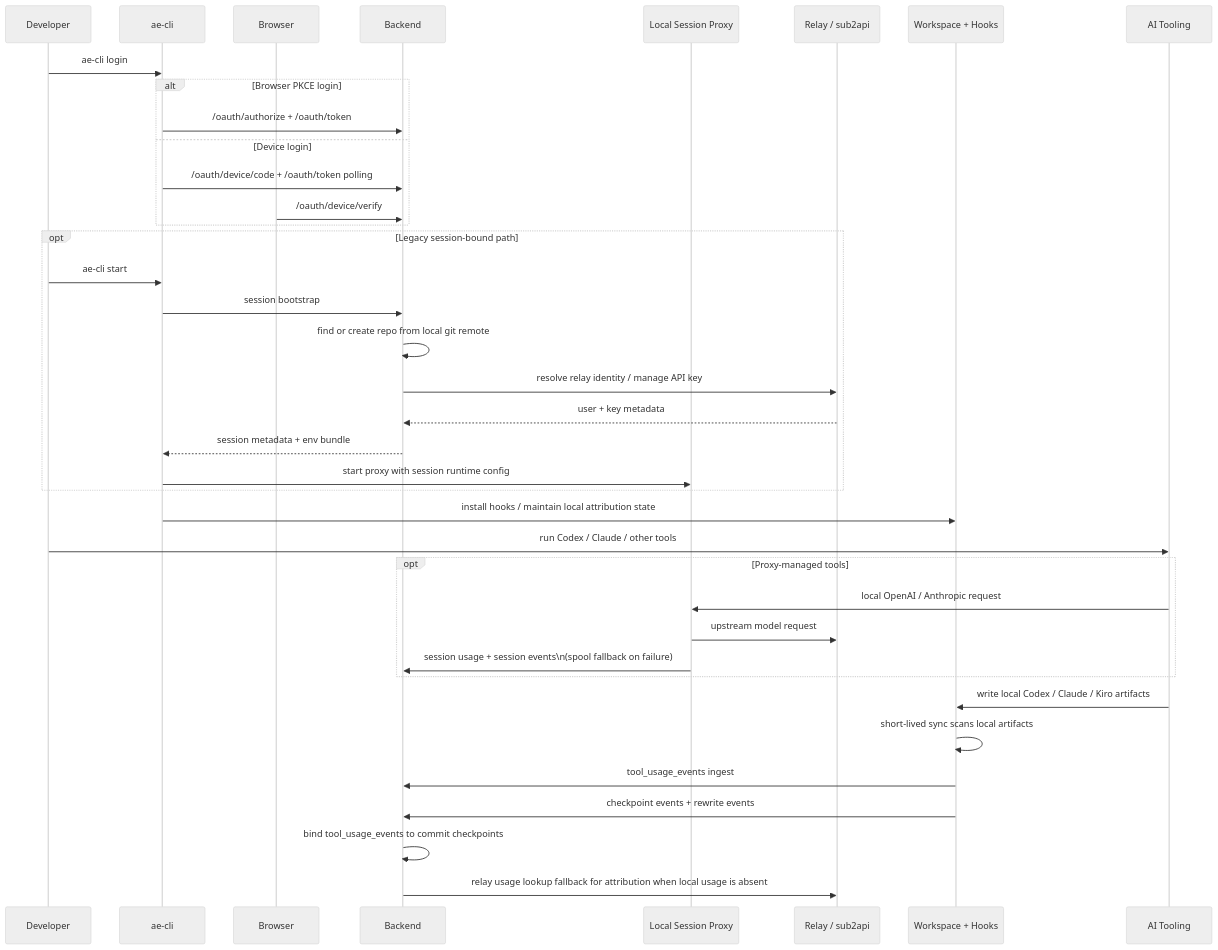
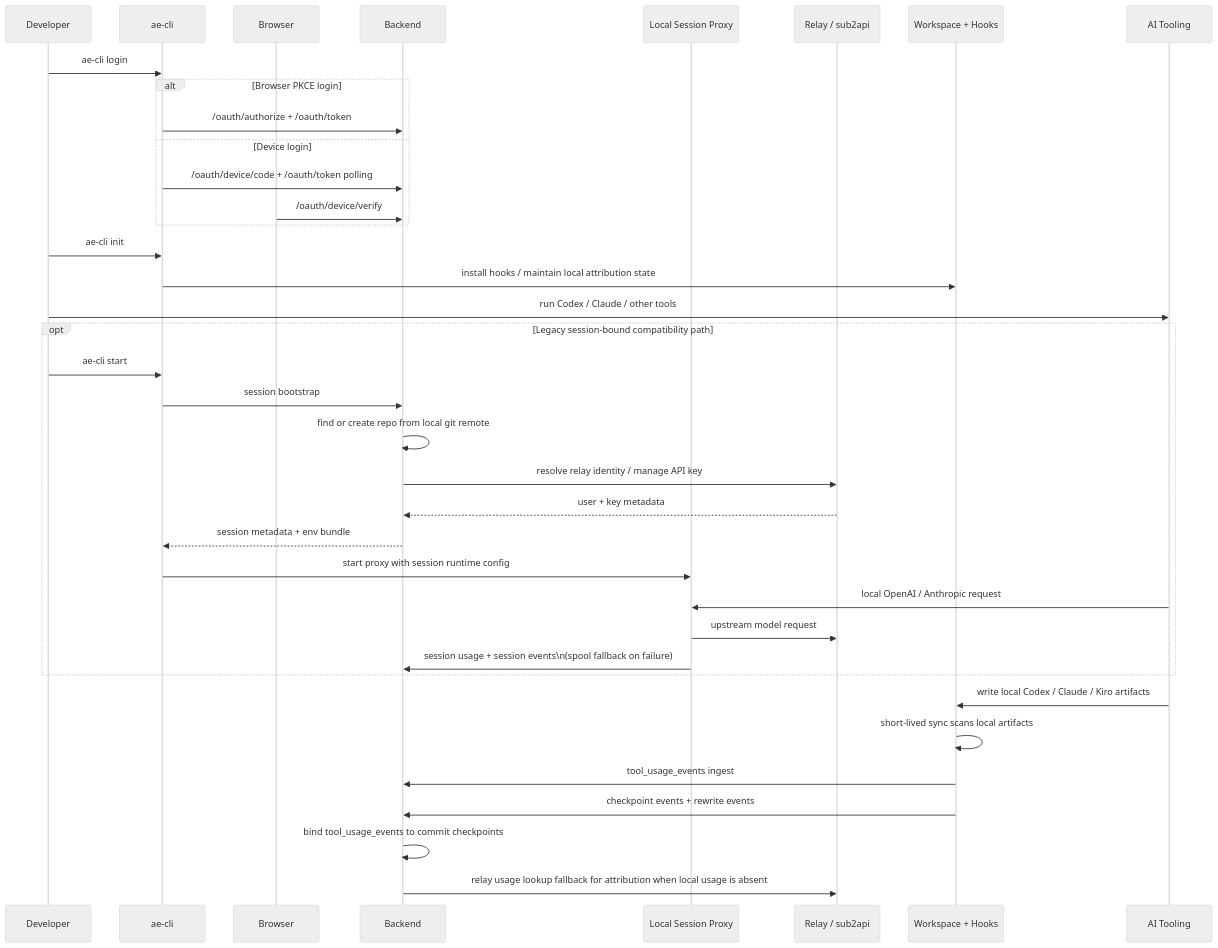
One commit to LichKing-2234/ai-efficiency changed the third of 4 diagrams in docs/architecture.md. Above: the diagram before and after it, drawn with Mermaid (neutral theme). The commit also changed other lines of this file and 31 other files, not shown here.

Commit message:
feat(session): stage legacy workflow cutover

````diff
--- a/docs/architecture.md
+++ b/docs/architecture.md
@@ -125,41 +126,40 @@
 ```mermaid
 sequenceDiagram
     participant Dev as Developer
     participant CLI as ae-cli
     participant Browser as Browser
     participant BE as Backend
     participant Proxy as Local Session Proxy
     participant Relay as Relay / sub2api
     participant WS as Workspace + Hooks
     participant Tool as AI Tooling
 
     Dev->>CLI: ae-cli login
     alt Browser PKCE login
         CLI->>BE: /oauth/authorize + /oauth/token
     else Device login
         CLI->>BE: /oauth/device/code + /oauth/token polling
         Browser->>BE: /oauth/device/verify
     end
-    opt Legacy session-bound path
+    Dev->>CLI: ae-cli init
+    CLI->>WS: install hooks / maintain local attribution state
+    Dev->>Tool: run Codex / Claude / other tools
+    opt Legacy session-bound compatibility path
         Dev->>CLI: ae-cli start
         CLI->>BE: session bootstrap
         BE->>BE: find or create repo from local git remote
         BE->>Relay: resolve relay identity / manage API key
         Relay-->>BE: user + key metadata
         BE-->>CLI: session metadata + env bundle
         CLI->>Proxy: start proxy with session runtime config
-    end
-    CLI->>WS: install hooks / maintain local attribution state
-    Dev->>Tool: run Codex / Claude / other tools
-    opt Proxy-managed tools
         Tool->>Proxy: local OpenAI / Anthropic request
         Proxy->>Relay: upstream model request
         Proxy->>BE: session usage + session events\n(spool fallback on failure)
     end
     Tool->>WS: write local Codex / Claude / Kiro artifacts
     WS->>WS: short-lived sync scans local artifacts
     WS->>BE: tool_usage_events ingest
     WS->>BE: checkpoint events + rewrite events
     BE->>BE: bind tool_usage_events to commit checkpoints
     BE->>Relay: relay usage lookup fallback for attribution when local usage is absent
 ```
````
